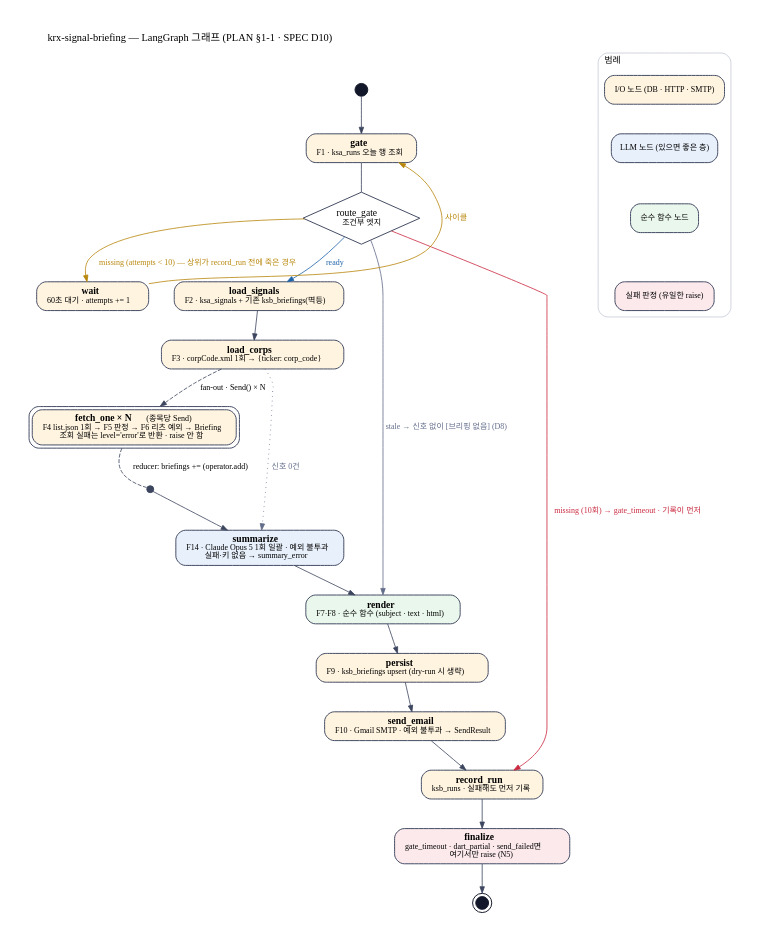
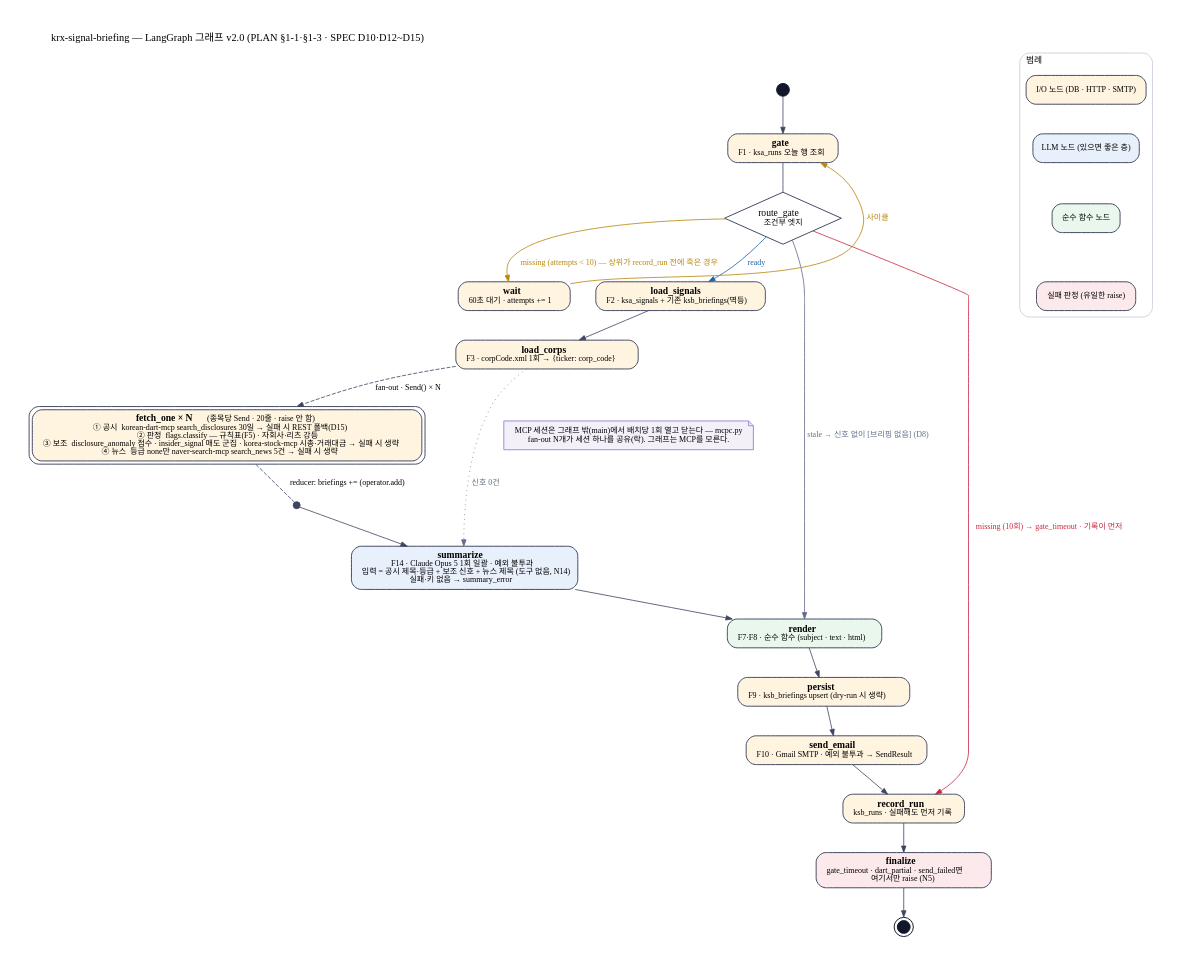
One commit to daehyub71/krx-signal-briefing changed the diagram in docs/diagrams/graph.dot. Above: the diagram before and after it, drawn with Graphviz. The commit also changed 30 other files, not shown here.

First line of the commit message:
feat: M1 DART layer — corp/dart/flags TDD, real-sample rule table, dry run; SPEC v2.0 MCP draft

```diff
--- a/docs/diagrams/graph.dot
+++ b/docs/diagrams/graph.dot
@@ -1,64 +1,68 @@
 digraph briefing {
   graph [fontname="Apple SD Gothic Neo", fontsize=13, rankdir=TB, nodesep=0.45, ranksep=0.5, pad=0.4, bgcolor="white",
-         label="krx-signal-briefing — LangGraph 그래프 (PLAN §1-1 · SPEC D10)", labelloc=t, labeljust=l];
+         label="krx-signal-briefing — LangGraph 그래프 v2.0 (PLAN §1-1·§1-3 · SPEC D10·D12~D15)", labelloc=t, labeljust=l];
   node  [fontname="Apple SD Gothic Neo", fontsize=12, shape=box, style="rounded,filled", fillcolor="#F4F6FA", color="#3D465F", penwidth=1.2, margin="0.18,0.08"];
   edge  [fontname="Apple SD Gothic Neo", fontsize=10, color="#3D465F", arrowsize=0.8];
 
   START [shape=circle, label="", width=0.22, fillcolor="#121829", color="#121829"];
   END   [shape=doublecircle, label="", width=0.22, fillcolor="#121829", color="#121829"];
 
   // 게이트 (I/O)
   gate         [label=<<b>gate</b><br/><font point-size="10">F1 · ksa_runs 오늘 행 조회</font>>, fillcolor="#FFF4E0"];
   route_gate   [shape=diamond, style="filled", fillcolor="#FFFFFF", label=<route_gate<br/><font point-size="10">조건부 엣지</font>>, height=0.9];
   wait         [label=<<b>wait</b><br/><font point-size="10">60초 대기 · attempts += 1</font>>, fillcolor="#FFF4E0"];
 
   // 입력 (I/O)
   load_signals [label=<<b>load_signals</b><br/><font point-size="10">F2 · ksa_signals + 기존 ksb_briefings(멱등)</font>>, fillcolor="#FFF4E0"];
   load_corps   [label=<<b>load_corps</b><br/><font point-size="10">F3 · corpCode.xml 1회 → {ticker: corp_code}</font>>, fillcolor="#FFF4E0"];
 
   // fan-out
-  fetch_one    [label=<<b>fetch_one × N</b>  <font point-size="10">(종목당 Send)</font><br/><font point-size="10">F4 list.json 1회 → F5 판정 → F6 리츠 예외 → Briefing<br/>조회 실패는 level='error'로 반환 · raise 안 함</font>>, fillcolor="#FFF4E0", peripheries=2];
+  fetch_one    [label=<<b>fetch_one × N</b>  <font point-size="10">(종목당 Send · 20줄 · raise 안 함)</font><br/><font point-size="10">① 공시  korean-dart-mcp search_disclosures 30일 → 실패 시 REST 폴백(D15)<br/>② 판정  flags.classify — 규칙표(F5) · 자회사·리츠 강등<br/>③ 보조  disclosure_anomaly 점수 · insider_signal 매도 군집 · korea-stock-mcp 시총·거래대금 → 실패 시 생략<br/>④ 뉴스  등급 none만 naver-search-mcp search_news 5건 → 실패 시 생략</font>>, fillcolor="#FFF4E0", peripheries=2];
   join         [shape=point, width=0.12, fillcolor="#3D465F", color="#3D465F"];
 
   // LLM
-  summarize    [label=<<b>summarize</b><br/><font point-size="10">F14 · Claude Opus 5 1회 일괄 · 예외 불투과<br/>실패·키 없음 → summary_error</font>>, fillcolor="#E8F0FB"];
+  summarize    [label=<<b>summarize</b><br/><font point-size="10">F14 · Claude Opus 5 1회 일괄 · 예외 불투과<br/>입력 = 공시 제목·등급 + 보조 신호 + 뉴스 제목 (도구 없음, N14)<br/>실패·키 없음 → summary_error</font>>, fillcolor="#E8F0FB"];
 
   // 순수
   render       [label=<<b>render</b><br/><font point-size="10">F7·F8 · 순수 함수 (subject · text · html)</font>>, fillcolor="#EAF7EC"];
 
   // 출력 (I/O)
   persist      [label=<<b>persist</b><br/><font point-size="10">F9 · ksb_briefings upsert (dry-run 시 생략)</font>>, fillcolor="#FFF4E0"];
   send_email   [label=<<b>send_email</b><br/><font point-size="10">F10 · Gmail SMTP · 예외 불투과 → SendResult</font>>, fillcolor="#FFF4E0"];
   record_run   [label=<<b>record_run</b><br/><font point-size="10">ksb_runs · 실패해도 먼저 기록</font>>, fillcolor="#FFF4E0"];
   finalize     [label=<<b>finalize</b><br/><font point-size="10">gate_timeout · dart_partial · send_failed면<br/>여기서만 raise (N5)</font>>, fillcolor="#FBE9EC"];
 
   START -> gate;
   gate -> route_gate [arrowhead=none];
   route_gate -> wait         [label="  missing (attempts < 10) — 상위가 record_run 전에 죽은 경우", color="#B8860B", fontcolor="#B8860B"];
   wait -> gate               [label="  사이클", color="#B8860B", fontcolor="#B8860B", constraint=false];
   route_gate -> record_run   [label="  missing (10회) → gate_timeout · 기록이 먼저", color="#C9283E", fontcolor="#C9283E"];
   route_gate -> render       [label="  stale → 신호 없이 [브리핑 없음] (D8)", color="#626D8A", fontcolor="#626D8A"];
   route_gate -> load_signals [label="  ready", color="#1F63A8", fontcolor="#1F63A8"];
 
   load_signals -> load_corps;
   load_corps -> fetch_one    [label="  fan-out · Send() × N", style=dashed];
   load_corps -> summarize    [label="  신호 0건", style=dotted, color="#626D8A", fontcolor="#626D8A"];
   fetch_one -> join          [label="  reducer: briefings += (operator.add)", style=dashed, arrowhead=none];
   join -> summarize;
   summarize -> render;
   render -> persist;
   persist -> send_email;
   send_email -> record_run;
   record_run -> finalize;
   finalize -> END;
 
+  mcp_note [shape=note, fillcolor="#F3F0FA", color="#9C8AD1", fontsize=10,
+            label="MCP 세션은 그래프 밖(main)에서 배치당 1회 열고 닫는다 — mcpc.py\nfan-out N개가 세션 하나를 공유(락). 그래프는 MCP를 모른다."];
+  load_corps -> mcp_note [style=invis];
+
   // 범례
   subgraph cluster_legend {
     label="범례"; fontsize=11; style="rounded"; color="#C5CAD6";
     l_io   [label="I/O 노드 (DB · HTTP · SMTP)", fillcolor="#FFF4E0", fontsize=10];
     l_llm  [label="LLM 노드 (있으면 좋은 층)", fillcolor="#E8F0FB", fontsize=10];
     l_pure [label="순수 함수 노드", fillcolor="#EAF7EC", fontsize=10];
     l_fail [label="실패 판정 (유일한 raise)", fillcolor="#FBE9EC", fontsize=10];
     l_io -> l_llm -> l_pure -> l_fail [style=invis];
   }
 }
```
